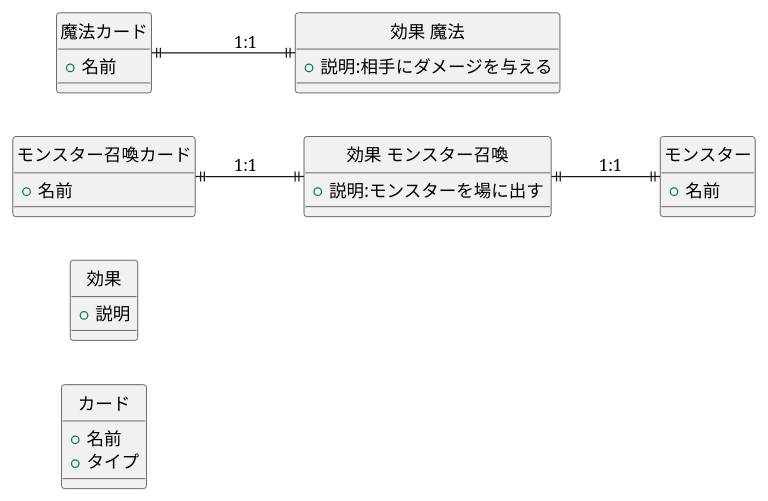
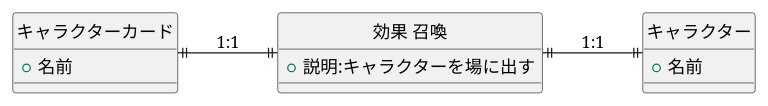
Before and after one commit to BlackPoker/BlackPoker: the second of 4 diagrams in source/principle/principle.md, drawn with PlantUML. The commit also changed other lines of this file, not shown here.

````diff
--- a/source/principle/principle.md
+++ b/source/principle/principle.md
@@ -33,41 +61,23 @@
 ```plantuml
 @startuml
 left to right direction
 
 hide circle
 
-entity カード {
-  +名前
-  +タイプ
-}
-
-entity 効果 {
-  +説明
-}
-
-entity モンスター召喚カード {
+entity キャラクターカード {
   +名前
 }
 
-entity モンスター {
+entity "効果 召喚" as magic_effect {
+  +説明:キャラクターを場に出す
+}
+
+entity キャラクター {
   +名前
 }
 
-entity 魔法カード {
-  +名前
-}
-
-entity "効果 モンスター召喚" as mon_effect {
-  +説明:モンスターを場に出す
-}
-
-entity "効果 魔法" as magic_effect {
-  +説明:相手にダメージを与える
-}
-
-モンスター召喚カード ||--|| mon_effect : 1:1
-mon_effect ||--|| モンスター : 1:1
-魔法カード ||--|| magic_effect : 1:1
+キャラクターカード ||--|| magic_effect : 1:1
+magic_effect ||--|| キャラクター : 1:1
 @enduml
 
 ```
````
